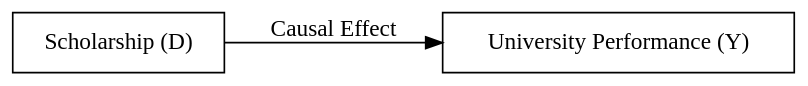
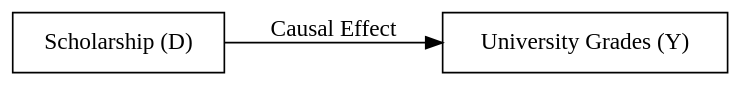
One commit to kevinli03/pspe changed the first of 3 diagrams in randomisation.qmd. Above: the diagram before and after it, drawn with Graphviz. The commit also changed other lines of this file and 66 other files, not shown here.

````diff
--- a/randomisation.qmd
+++ b/randomisation.qmd
@@ -12,16 +12,16 @@
 ```{dot}
 //| fig-width: 4
 //| fig-height: 0.42
 digraph example1 {
   bgcolor="transparent";
   // Nodes
   D [shape=box, label="Scholarship (D)"]
-  Y [shape=box, label="University Performance (Y)"]
+  Y [shape=box, label="University Grades (Y)"]
 
   // Edges
   D -> Y [label="Causal Effect"]
 
   // Graph styling
   rankdir=LR; // Left to right layout
 }
 ```
````
